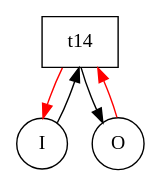
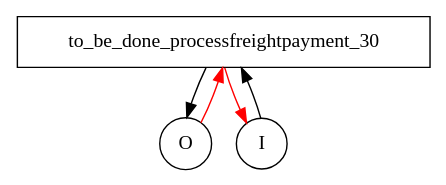
Before and after one commit to nricci/YAWL2FSP: the diagram in output/process_freight_payment.dot, drawn with Graphviz. The commit also changed 35 other files, not shown here.

```diff
--- a/output/process_freight_payment.dot
+++ b/output/process_freight_payment.dot
@@ -1,14 +1,14 @@
 digraph {
 	// PROCESS_FREIGHT_PAYMENT
 
 	// Elements
-	t14 [shape=box];
-	c30 [shape=circle][label=I];
-	c10 [shape=circle][label=O];
+	to_be_done_processfreightpayment_30 [shape=box];
+	outputcondition_3886 [shape=circle][label=O];
+	inputcondition_3885 [shape=circle][label=I];
 
 	// Arrows
-	c30->t14;
-	t14->c10;
-	t14->c30[color=red];
-	c10->t14[color=red];
+	inputcondition_3885->to_be_done_processfreightpayment_30;
+	to_be_done_processfreightpayment_30->outputcondition_3886;
+	to_be_done_processfreightpayment_30->inputcondition_3885[color=red];
+	outputcondition_3886->to_be_done_processfreightpayment_30[color=red];
 }
```
